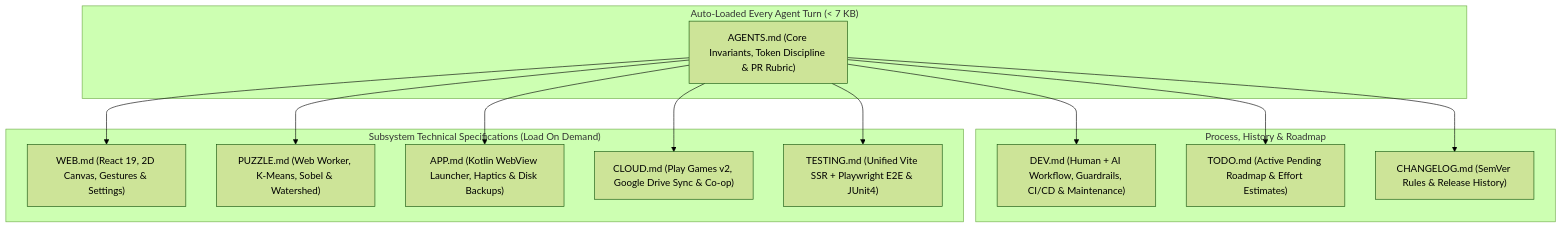
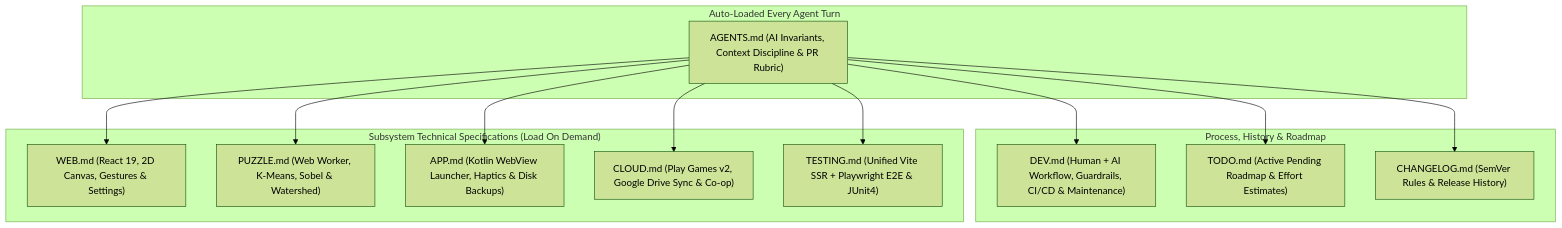
Before and after one commit to shthed/capy: the diagram in DEV.md, drawn with Mermaid (forest theme). The commit also changed other lines of this file and 12 other files, not shown here.

````diff
--- a/DEV.md
+++ b/DEV.md
@@ -27,29 +27,29 @@
 ```mermaid
 flowchart TD
-    subgraph AutoLoaded["Auto-Loaded Every Agent Turn (< 7 KB)"]
-        AGENTS["AGENTS.md (Core Invariants, Token Discipline & PR Rubric)"]
+    subgraph AutoLoaded["Auto-Loaded Every Agent Turn"]
+        AGENTS["AGENTS.md (AI Invariants, Context Discipline & PR Rubric)"]
     end
 
     subgraph ProcessAndRoadmap["Process, History & Roadmap"]
         DEV["DEV.md (Human + AI Workflow, Guardrails, CI/CD & Maintenance)"]
         TODO["TODO.md (Active Pending Roadmap & Effort Estimates)"]
         CHANGELOG["CHANGELOG.md (SemVer Rules & Release History)"]
     end
 
     subgraph SubsystemSpecs["Subsystem Technical Specifications (Load On Demand)"]
         WEB["WEB.md (React 19, 2D Canvas, Gestures & Settings)"]
         PUZZLE["PUZZLE.md (Web Worker, K-Means, Sobel & Watershed)"]
         APP["APP.md (Kotlin WebView Launcher, Haptics & Disk Backups)"]
         CLOUD["CLOUD.md (Play Games v2, Google Drive Sync & Co-op)"]
         TESTING["TESTING.md (Unified Vite SSR + Playwright E2E & JUnit4)"]
     end
 
     AGENTS --> DEV
     AGENTS --> TODO
     AGENTS --> CHANGELOG
     AGENTS --> WEB
     AGENTS --> PUZZLE
     AGENTS --> APP
     AGENTS --> CLOUD
     AGENTS --> TESTING
 ```
````
